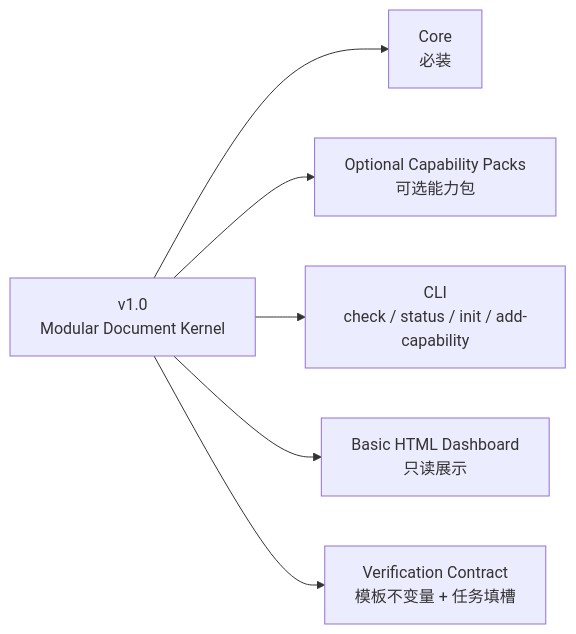
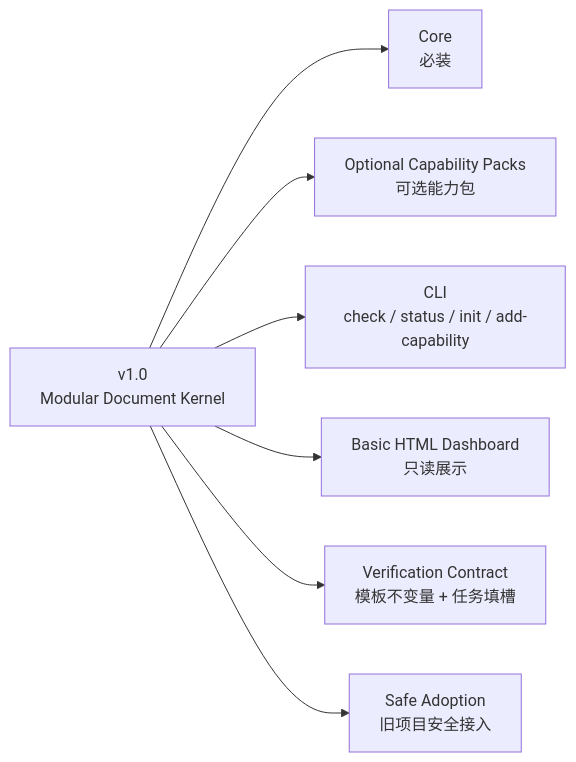
The first of 10 diagrams in docs-release/release/v1.0-visual-roadmap-cn.md (FairladyZ625/coding-agent-harness), drawn with Mermaid before and after one commit. The commit also changed other lines of this file, not shown here.

Commit message:
document execution strategy and safe adoption

````diff
--- a/docs-release/release/v1.0-visual-roadmap-cn.md
+++ b/docs-release/release/v1.0-visual-roadmap-cn.md
@@ -7,15 +7,17 @@
 ```mermaid
 flowchart LR
   V10["v1.0<br/>Modular Document Kernel"]
   Core["Core<br/>必装"]
   Packs["Optional Capability Packs<br/>可选能力包"]
   CLI["CLI<br/>check / status / init / add-capability"]
   Dash["Basic HTML Dashboard<br/>只读展示"]
   Verify["Verification Contract<br/>模板不变量 + 任务填槽"]
+  Adopt["Safe Adoption<br/>旧项目安全接入"]
 
   V10 --> Core
   V10 --> Packs
   V10 --> CLI
   V10 --> Dash
   V10 --> Verify
+  V10 --> Adopt
 ```
````
